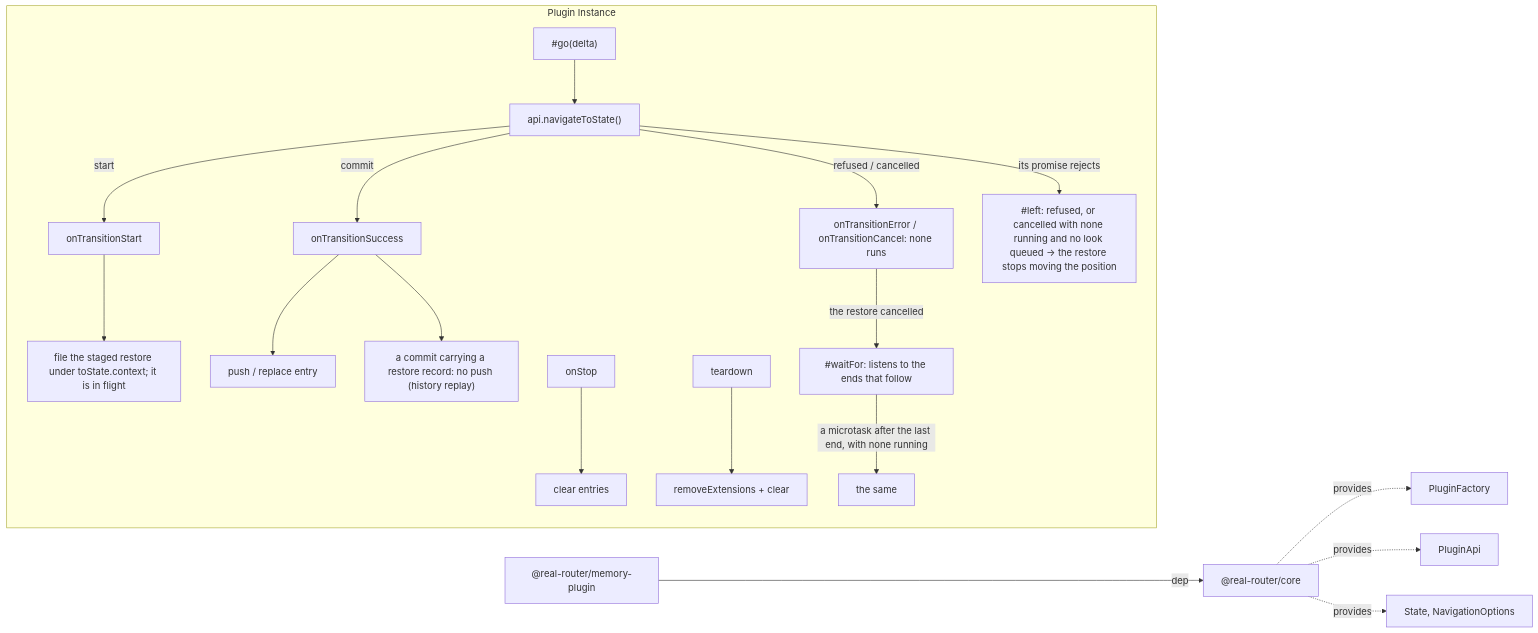
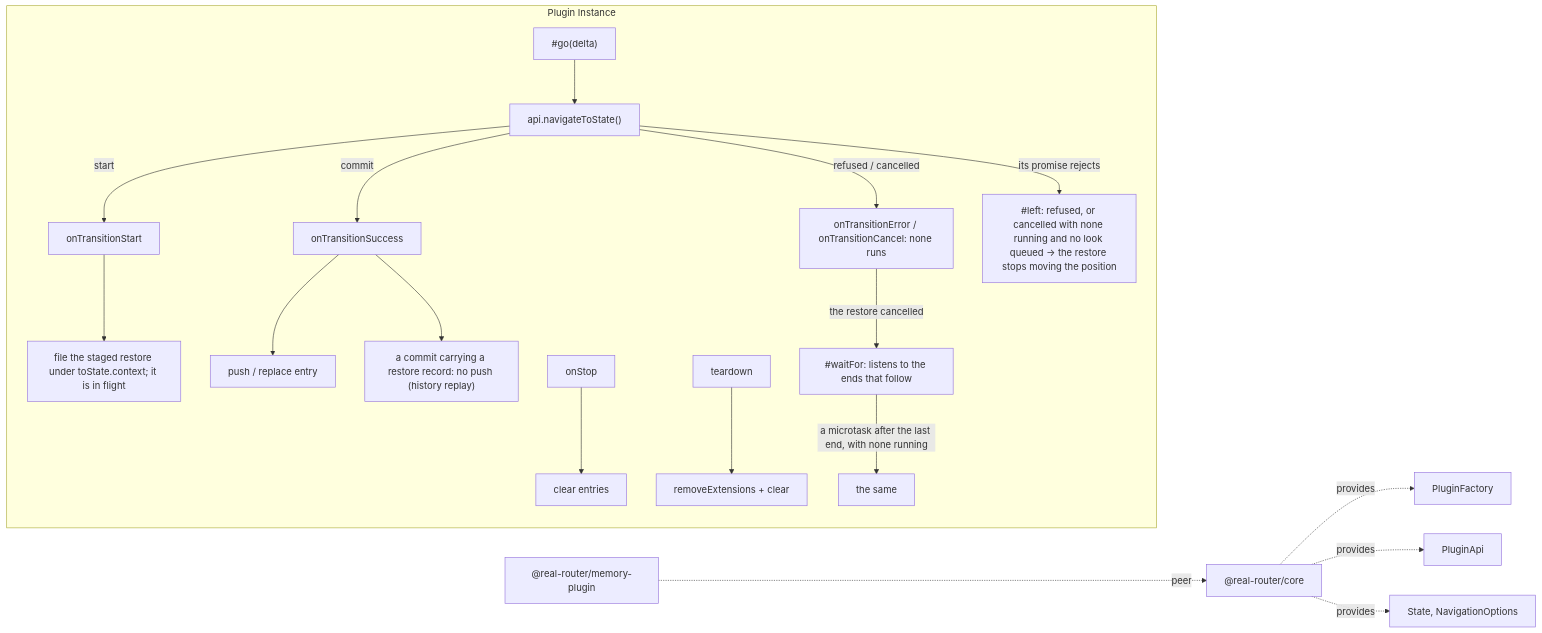
The diagram in packages/memory-plugin/ARCHITECTURE.md (greydragon888/real-router), drawn with Mermaid before and after one commit. The commit also changed 25 other files, not shown here.

````diff
--- a/packages/memory-plugin/ARCHITECTURE.md
+++ b/packages/memory-plugin/ARCHITECTURE.md
@@ -24,23 +24,23 @@
 ```mermaid
 graph LR
-    MP["@real-router/memory-plugin"] -->|dep| CORE["@real-router/core"]
+    MP["@real-router/memory-plugin"] -.->|peer| CORE["@real-router/core"]
 
     CORE -.->|provides| PF[PluginFactory]
     CORE -.->|provides| PA[PluginApi]
     CORE -.->|provides| TYPES["State, NavigationOptions"]
 
     subgraph plugin [Plugin Instance]
         OTSTART["onTransitionStart"] --> FILE["file the staged restore under toState.context; it is in flight"]
         OTS["onTransitionSuccess"] --> PUSH[push / replace entry]
         OTS --> CONSUME["a commit carrying a restore record: no push (history replay)"]
         OS["onStop"] --> CLEAR[clear entries]
         TD["teardown"] --> RM[removeExtensions + clear]
         GO["#go(delta)"] --> NAV["api.navigateToState()"]
         NAV -->|start| OTSTART
         NAV -->|commit| OTS
         NAV -->|refused / cancelled| OTEND["onTransitionError / onTransitionCancel: none runs"]
         OTEND -->|the restore cancelled| WAIT["#waitFor: listens to the ends that follow"]
         NAV -->|its promise rejects| LEFT["#left: refused, or cancelled with none running and no look queued → the restore stops moving the position"]
         WAIT -->|a microtask after the last end, with none running| SAME["the same"]
     end
 ```
````
